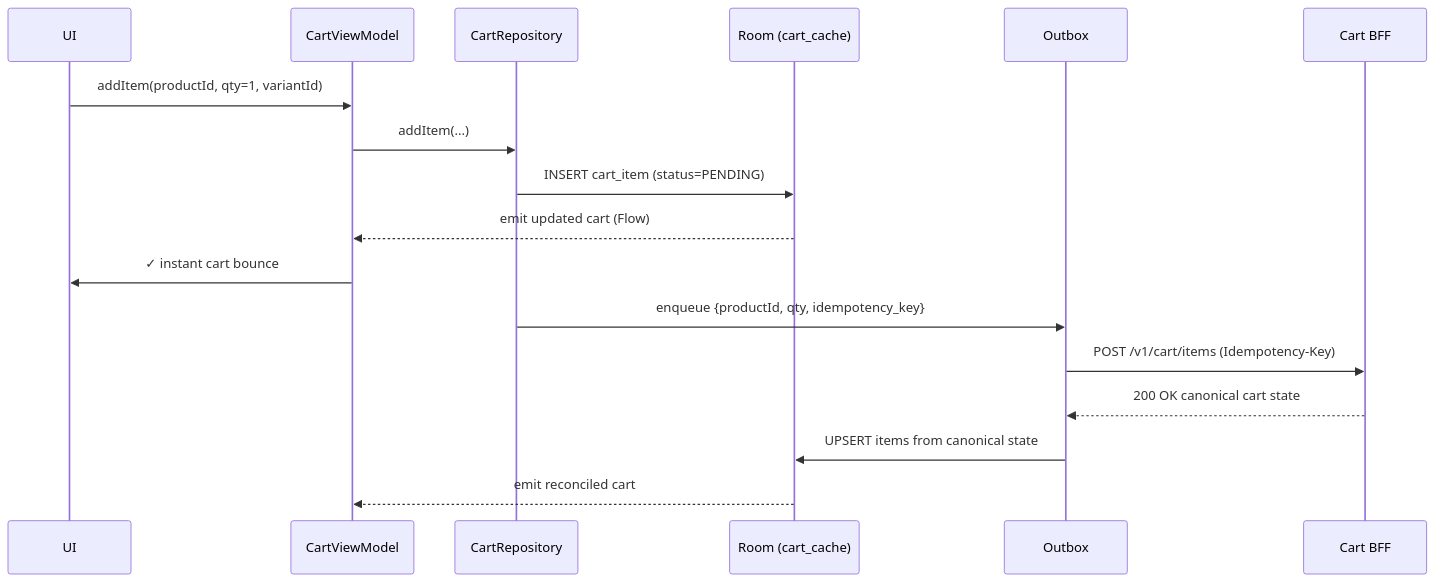
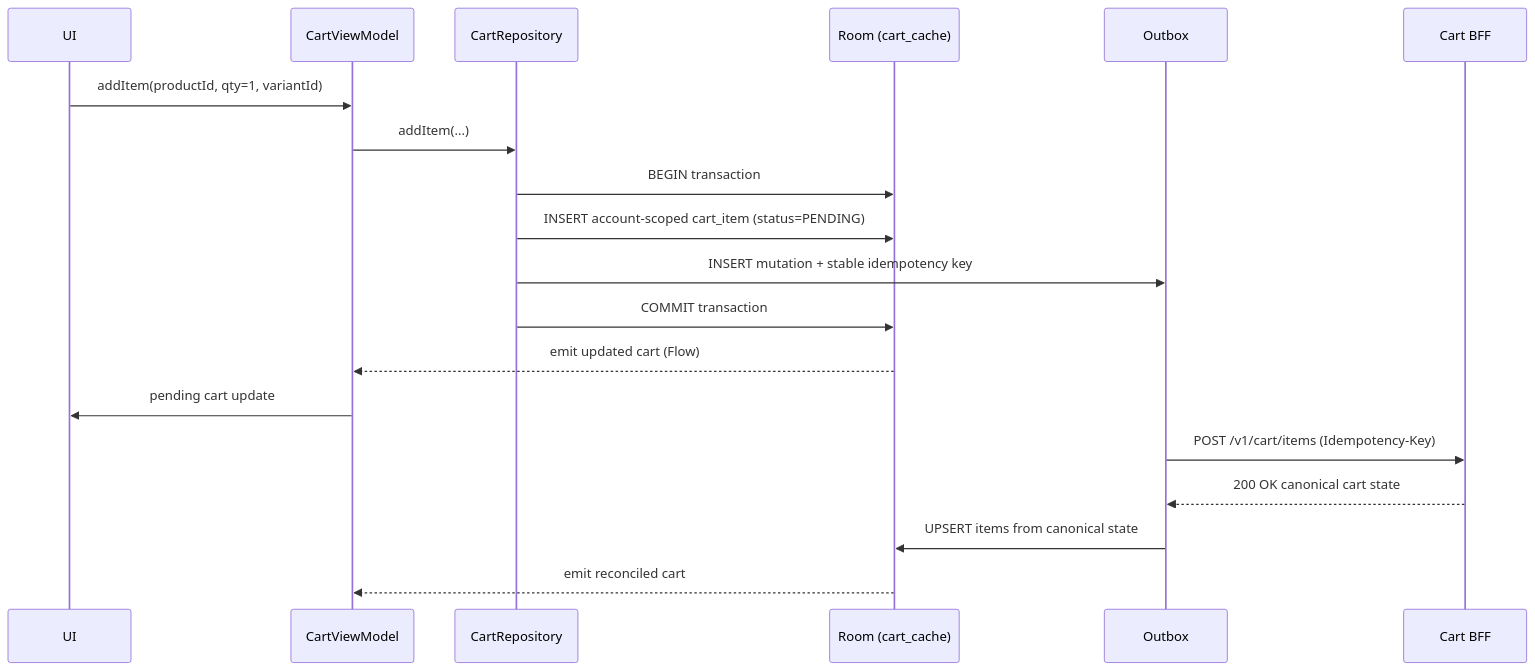
One commit to swarnsingh/android-staff-engineer-playbook-website changed the second of 3 diagrams in reference-architectures/e-commerce-app.md. Above: the diagram before and after it, drawn with Mermaid. The commit also changed other lines of this file and 37 other files, not shown here.

Commit message:
Add the reviewed Reference Architectures chapters to the website

````diff
--- a/reference-architectures/e-commerce-app.md
+++ b/reference-architectures/e-commerce-app.md
@@ -112,20 +118,22 @@
 ```mermaid
 sequenceDiagram
     participant UI
     participant VM as CartViewModel
     participant Repo as CartRepository
     participant Local as Room (cart_cache)
     participant Out as Outbox
     participant Api as Cart BFF
 
     UI->>VM: addItem(productId, qty=1, variantId)
     VM->>Repo: addItem(...)
-    Repo->>Local: INSERT cart_item (status=PENDING)
+    Repo->>Local: BEGIN transaction
+    Repo->>Local: INSERT account-scoped cart_item (status=PENDING)
+    Repo->>Out: INSERT mutation + stable idempotency key
+    Repo->>Local: COMMIT transaction
     Local-->>VM: emit updated cart (Flow)
-    VM->>UI: ✓ instant cart bounce
-    Repo->>Out: enqueue {productId, qty, idempotency_key}
+    VM->>UI: pending cart update
     Out->>Api: POST /v1/cart/items (Idempotency-Key)
     Api-->>Out: 200 OK canonical cart state
     Out->>Local: UPSERT items from canonical state
     Local-->>VM: emit reconciled cart
 ```
````
